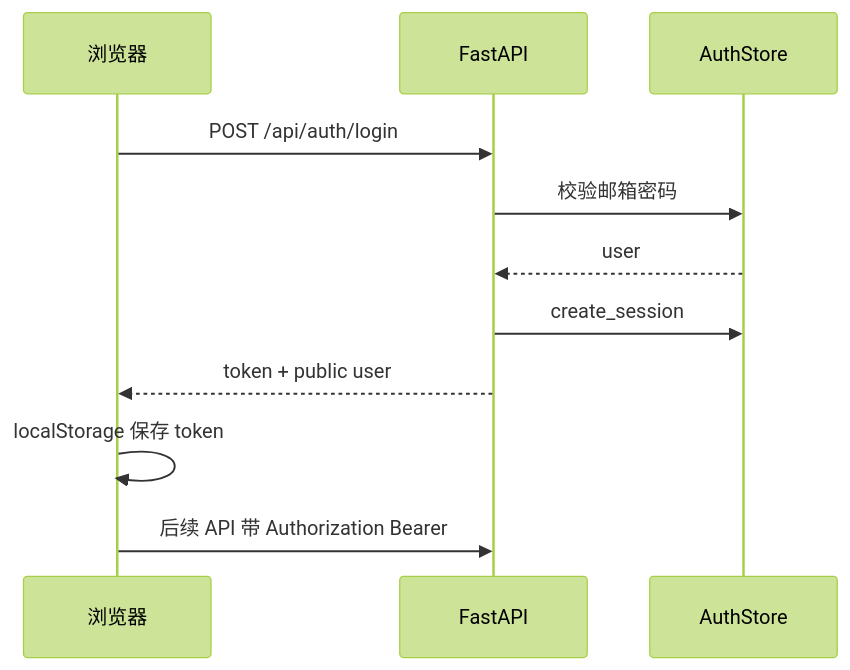
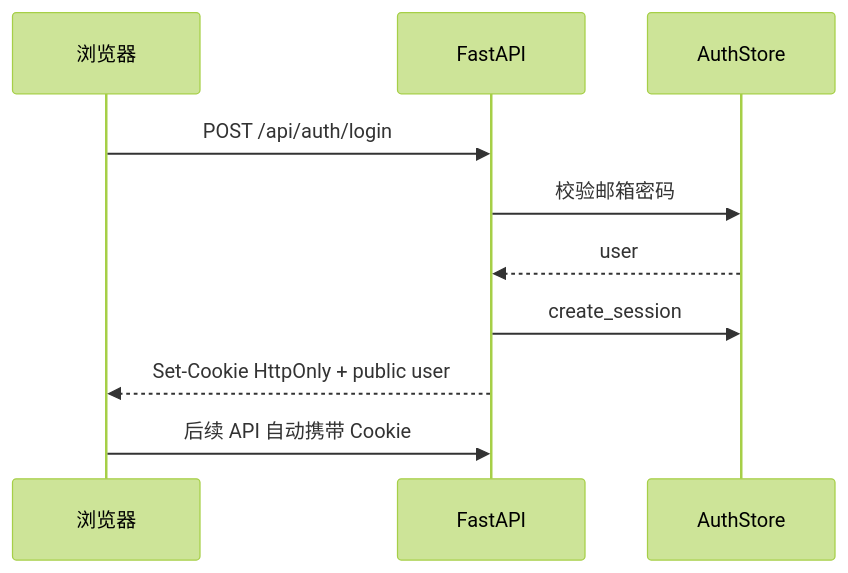
One commit to hailaobao2026/ai-teaching-miniCPM changed the second of 4 diagrams in docs/02-概要设计.md. Above: the diagram before and after it, drawn with Mermaid (forest theme). The commit also changed other lines of this file and 73 other files, not shown here.

````diff
--- a/docs/02-概要设计.md
+++ b/docs/02-概要设计.md
@@ -49,13 +51,12 @@
 ```mermaid
 sequenceDiagram
     participant U as 浏览器
     participant A as FastAPI
     participant S as AuthStore
     U->>A: POST /api/auth/login
     A->>S: 校验邮箱密码
     S-->>A: user
     A->>S: create_session
-    A-->>U: token + public user
-    U->>U: localStorage 保存 token
-    U->>A: 后续 API 带 Authorization Bearer
+    A-->>U: Set-Cookie HttpOnly + public user
+    U->>A: 后续 API 自动携带 Cookie
 ```
````
